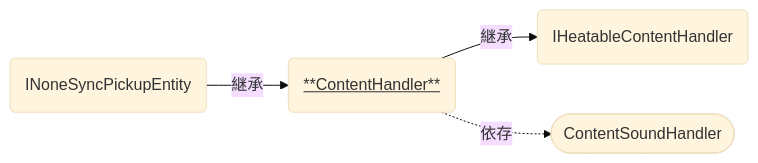
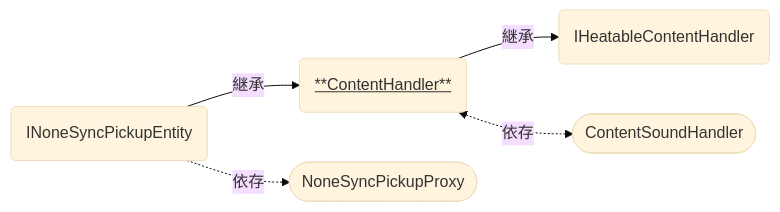
The diagram in docs/udon/ContentHandler.md (DenkiHitsujiKobo/CoffeeRoasterSet-Docs), drawn with Mermaid (base theme) before and after one commit. The commit also changed other lines of this file and 4 other files, not shown here.

````diff
--- a/docs/udon/ContentHandler.md
+++ b/docs/udon/ContentHandler.md
@@ -12,14 +12,16 @@
 ```mermaid
 flowchart LR
     accTitle: class relationship
     accDescr: ContentHandler inherits INoneSyncPickupEntity, and is inherited by IHeatableContentHandler.
 
     handler("<u>**ContentHandler**</u>")
     entity("INoneSyncPickupEntity")
+    proxy(["NoneSyncPickupProxy"])
     heatable("IHeatableContentHandler")
     sound(["ContentSoundHandler"])
 
     entity -->|継承| handler
+    entity -.->|依存| proxy
     handler -->|継承| heatable
-    handler -.->|依存| sound
+    handler <-.->|依存| sound
 ```
````
